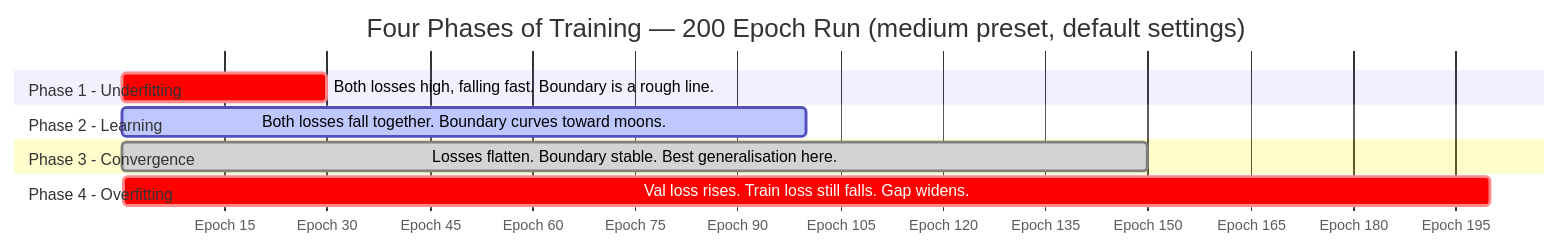
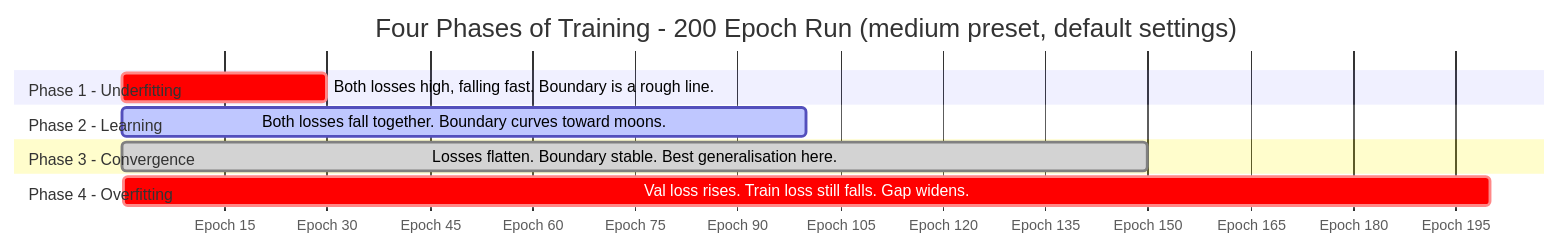
Before and after one commit to hkevin01/epochs-demo: the tenth of 13 diagrams in README.md, drawn with Mermaid. The commit also changed other lines of this file, not shown here.

````diff
--- a/README.md
+++ b/README.md
@@ -1071,18 +1071,18 @@
 ```mermaid
 gantt
-    title Four Phases of Training — 200 Epoch Run (medium preset, default settings)
+    title Four Phases of Training  -  200 Epoch Run (medium preset, default settings)
     dateFormat  X
     axisFormat  Epoch %s
 
     section Phase 1 - Underfitting
     Both losses high, falling fast. Boundary is a rough line.   :crit, p1, 1, 30
 
     section Phase 2 - Learning
     Both losses fall together. Boundary curves toward moons.    :active, p2, 30, 100
 
     section Phase 3 - Convergence
     Losses flatten. Boundary stable. Best generalisation here.  :done, p3, 100, 150
 
     section Phase 4 - Overfitting
     Val loss rises. Train loss still falls. Gap widens.         :crit, p4, 150, 200
 ```
````
